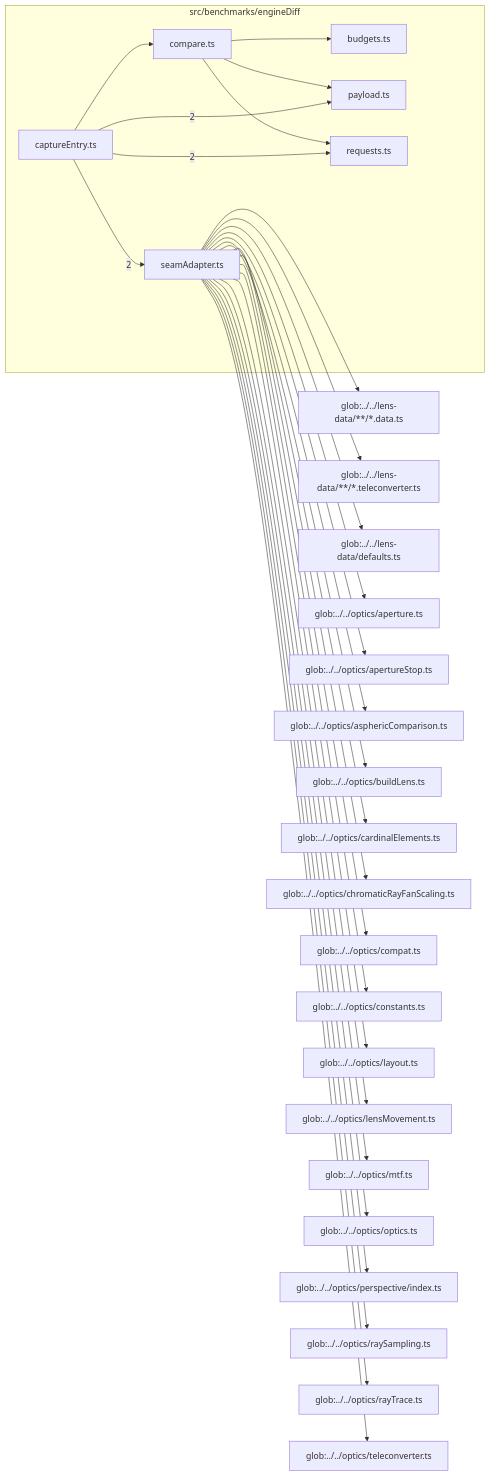
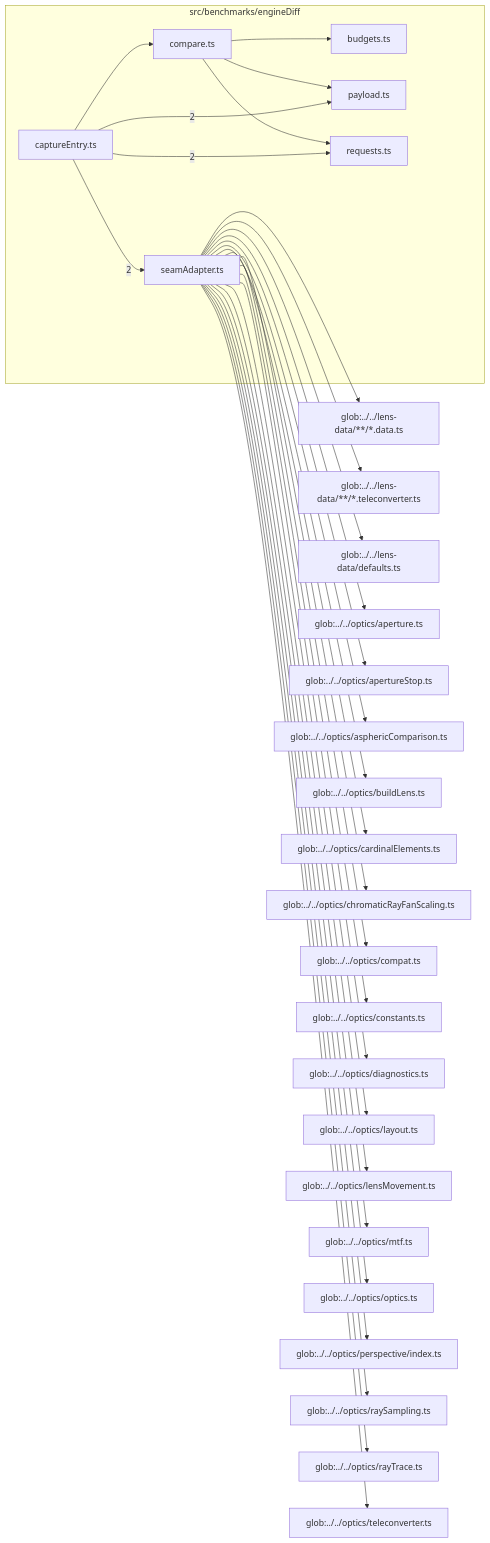
One commit to BeamFour/LensVisualizer changed the diagram in src/benchmarks/engineDiff/readme.md. Above: the diagram before and after it, drawn with Mermaid. The commit also changed other lines of this file and 44 other files, not shown here.

````diff
--- a/src/benchmarks/engineDiff/readme.md
+++ b/src/benchmarks/engineDiff/readme.md
@@ -9,56 +9,58 @@
 ```mermaid
 flowchart LR
   subgraph n_src_benchmarks_engineDiff["src/benchmarks/engineDiff"]
     n_src_benchmarks_engineDiff_src_benchmarks_engineDiff_budgets_ts["budgets.ts"]
     n_src_benchmarks_engineDiff_src_benchmarks_engineDiff_captureEntry_ts["captureEntry.ts"]
     n_src_benchmarks_engineDiff_src_benchmarks_engineDiff_compare_ts["compare.ts"]
     n_src_benchmarks_engineDiff_src_benchmarks_engineDiff_payload_ts["payload.ts"]
     n_src_benchmarks_engineDiff_src_benchmarks_engineDiff_requests_ts["requests.ts"]
     n_src_benchmarks_engineDiff_src_benchmarks_engineDiff_seamAdapter_ts["seamAdapter.ts"]
   end
   n_external_glob_______lens_data______data_ts["glob:../../lens-data/**/*.data.ts"]
   n_external_glob_______lens_data______teleconverter_ts["glob:../../lens-data/**/*.teleconverter.ts"]
   n_external_glob_______lens_data_defaults_ts["glob:../../lens-data/defaults.ts"]
   n_external_glob_______optics_aperture_ts["glob:../../optics/aperture.ts"]
   n_external_glob_______optics_apertureStop_ts["glob:../../optics/apertureStop.ts"]
   n_external_glob_______optics_asphericComparison_ts["glob:../../optics/asphericComparison.ts"]
   n_external_glob_______optics_buildLens_ts["glob:../../optics/buildLens.ts"]
   n_external_glob_______optics_cardinalElements_ts["glob:../../optics/cardinalElements.ts"]
   n_external_glob_______optics_chromaticRayFanScaling_ts["glob:../../optics/chromaticRayFanScaling.ts"]
   n_external_glob_______optics_compat_ts["glob:../../optics/compat.ts"]
   n_external_glob_______optics_constants_ts["glob:../../optics/constants.ts"]
+  n_external_glob_______optics_diagnostics_ts["glob:../../optics/diagnostics.ts"]
   n_external_glob_______optics_layout_ts["glob:../../optics/layout.ts"]
   n_external_glob_______optics_lensMovement_ts["glob:../../optics/lensMovement.ts"]
   n_external_glob_______optics_mtf_ts["glob:../../optics/mtf.ts"]
   n_external_glob_______optics_optics_ts["glob:../../optics/optics.ts"]
   n_external_glob_______optics_perspective_index_ts["glob:../../optics/perspective/index.ts"]
   n_external_glob_______optics_raySampling_ts["glob:../../optics/raySampling.ts"]
   n_external_glob_______optics_rayTrace_ts["glob:../../optics/rayTrace.ts"]
   n_external_glob_______optics_teleconverter_ts["glob:../../optics/teleconverter.ts"]
   n_src_benchmarks_engineDiff_src_benchmarks_engineDiff_captureEntry_ts --> |2| n_src_benchmarks_engineDiff_src_benchmarks_engineDiff_payload_ts
   n_src_benchmarks_engineDiff_src_benchmarks_engineDiff_captureEntry_ts --> |2| n_src_benchmarks_engineDiff_src_benchmarks_engineDiff_requests_ts
   n_src_benchmarks_engineDiff_src_benchmarks_engineDiff_captureEntry_ts --> |2| n_src_benchmarks_engineDiff_src_benchmarks_engineDiff_seamAdapter_ts
   n_src_benchmarks_engineDiff_src_benchmarks_engineDiff_seamAdapter_ts --> n_external_glob_______lens_data______data_ts
   n_src_benchmarks_engineDiff_src_benchmarks_engineDiff_seamAdapter_ts --> n_external_glob_______lens_data______teleconverter_ts
   n_src_benchmarks_engineDiff_src_benchmarks_engineDiff_seamAdapter_ts --> n_external_glob_______lens_data_defaults_ts
   n_src_benchmarks_engineDiff_src_benchmarks_engineDiff_seamAdapter_ts --> n_external_glob_______optics_aperture_ts
   n_src_benchmarks_engineDiff_src_benchmarks_engineDiff_seamAdapter_ts --> n_external_glob_______optics_apertureStop_ts
   n_src_benchmarks_engineDiff_src_benchmarks_engineDiff_seamAdapter_ts --> n_external_glob_______optics_asphericComparison_ts
   n_src_benchmarks_engineDiff_src_benchmarks_engineDiff_seamAdapter_ts --> n_external_glob_______optics_buildLens_ts
   n_src_benchmarks_engineDiff_src_benchmarks_engineDiff_seamAdapter_ts --> n_external_glob_______optics_cardinalElements_ts
   n_src_benchmarks_engineDiff_src_benchmarks_engineDiff_seamAdapter_ts --> n_external_glob_______optics_chromaticRayFanScaling_ts
   n_src_benchmarks_engineDiff_src_benchmarks_engineDiff_seamAdapter_ts --> n_external_glob_______optics_compat_ts
   n_src_benchmarks_engineDiff_src_benchmarks_engineDiff_seamAdapter_ts --> n_external_glob_______optics_constants_ts
+  n_src_benchmarks_engineDiff_src_benchmarks_engineDiff_seamAdapter_ts --> n_external_glob_______optics_diagnostics_ts
   n_src_benchmarks_engineDiff_src_benchmarks_engineDiff_seamAdapter_ts --> n_external_glob_______optics_layout_ts
   n_src_benchmarks_engineDiff_src_benchmarks_engineDiff_seamAdapter_ts --> n_external_glob_______optics_lensMovement_ts
   n_src_benchmarks_engineDiff_src_benchmarks_engineDiff_seamAdapter_ts --> n_external_glob_______optics_mtf_ts
   n_src_benchmarks_engineDiff_src_benchmarks_engineDiff_seamAdapter_ts --> n_external_glob_______optics_optics_ts
   n_src_benchmarks_engineDiff_src_benchmarks_engineDiff_seamAdapter_ts --> n_external_glob_______optics_perspective_index_ts
   n_src_benchmarks_engineDiff_src_benchmarks_engineDiff_seamAdapter_ts --> n_external_glob_______optics_raySampling_ts
   n_src_benchmarks_engineDiff_src_benchmarks_engineDiff_seamAdapter_ts --> n_external_glob_______optics_rayTrace_ts
   n_src_benchmarks_engineDiff_src_benchmarks_engineDiff_seamAdapter_ts --> n_external_glob_______optics_teleconverter_ts
   n_src_benchmarks_engineDiff_src_benchmarks_engineDiff_compare_ts --> n_src_benchmarks_engineDiff_src_benchmarks_engineDiff_budgets_ts
   n_src_benchmarks_engineDiff_src_benchmarks_engineDiff_captureEntry_ts --> n_src_benchmarks_engineDiff_src_benchmarks_engineDiff_compare_ts
   n_src_benchmarks_engineDiff_src_benchmarks_engineDiff_compare_ts --> n_src_benchmarks_engineDiff_src_benchmarks_engineDiff_payload_ts
   n_src_benchmarks_engineDiff_src_benchmarks_engineDiff_compare_ts --> n_src_benchmarks_engineDiff_src_benchmarks_engineDiff_requests_ts
 ```
````
